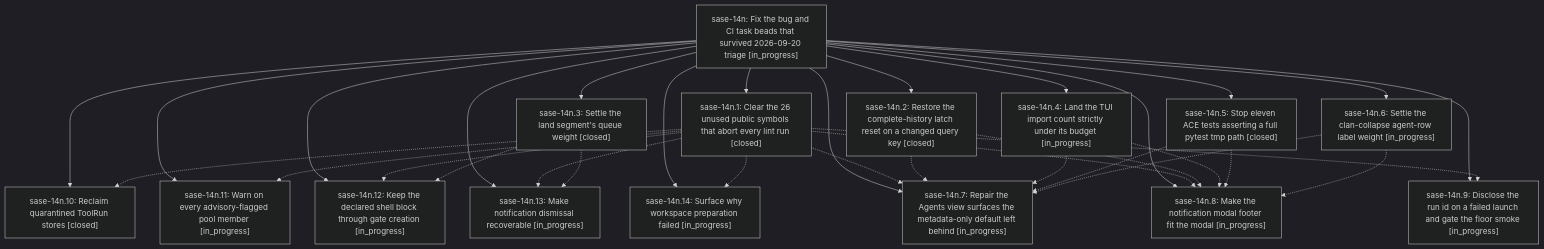
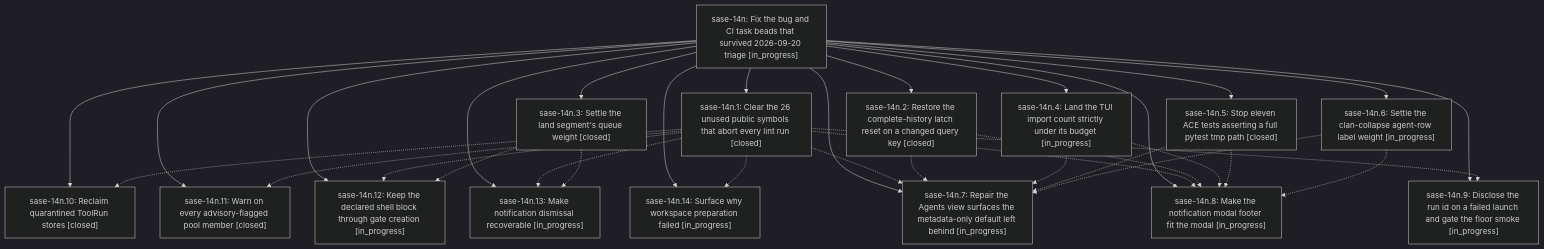
Before and after one commit to sase-org/sase--beads: the diagram in pages/sase-14n/README.md, drawn with Mermaid (dark theme). The commit also changed other lines of this file and 4 other files, not shown here.

````diff
--- a/pages/sase-14n/README.md
+++ b/pages/sase-14n/README.md
@@ -47,50 +47,50 @@
 ```mermaid
 flowchart TD
     n0["sase-14n: Fix the bug and CI task beads that survived 2026-09-20 triage [in_progress]"]
     n1["sase-14n.1: Clear the 26 unused public symbols that abort every lint run [closed]"]
     n2["sase-14n.10: Reclaim quarantined ToolRun stores [closed]"]
-    n3["sase-14n.11: Warn on every advisory-flagged pool member [in_progress]"]
+    n3["sase-14n.11: Warn on every advisory-flagged pool member [closed]"]
     n4["sase-14n.12: Keep the declared shell block through gate creation [in_progress]"]
     n5["sase-14n.13: Make notification dismissal recoverable [in_progress]"]
     n6["sase-14n.14: Surface why workspace preparation failed [in_progress]"]
     n7["sase-14n.2: Restore the complete-history latch reset on a changed query key [closed]"]
     n8["sase-14n.3: Settle the land segment's queue weight [closed]"]
     n9["sase-14n.4: Land the TUI import count strictly under its budget [in_progress]"]
     n10["sase-14n.5: Stop eleven ACE tests asserting a full pytest tmp path [closed]"]
     n11["sase-14n.6: Settle the clan-collapse agent-row label weight [in_progress]"]
     n12["sase-14n.7: Repair the Agents view surfaces the metadata-only default left behind [in_progress]"]
     n13["sase-14n.8: Make the notification modal footer fit the modal [in_progress]"]
     n14["sase-14n.9: Disclose the run id on a failed launch and gate the floor smoke [in_progress]"]
     n0 --> n1
     n0 --> n2
     n0 --> n3
     n0 --> n4
     n0 --> n5
     n0 --> n6
     n0 --> n7
     n0 --> n8
     n0 --> n9
     n0 --> n10
     n0 --> n11
     n0 --> n12
     n0 --> n13
     n0 --> n14
     n1 -.-> n2
     n1 -.-> n3
     n1 -.-> n4
     n1 -.-> n5
     n1 -.-> n6
     n1 -.-> n12
     n1 -.-> n13
     n1 -.-> n14
     n7 -.-> n12
     n7 -.-> n13
     n8 -.-> n4
     n8 -.-> n5
     n9 -.-> n12
     n9 -.-> n13
     n10 -.-> n12
     n10 -.-> n13
     n11 -.-> n12
     n11 -.-> n13
 ```
````
